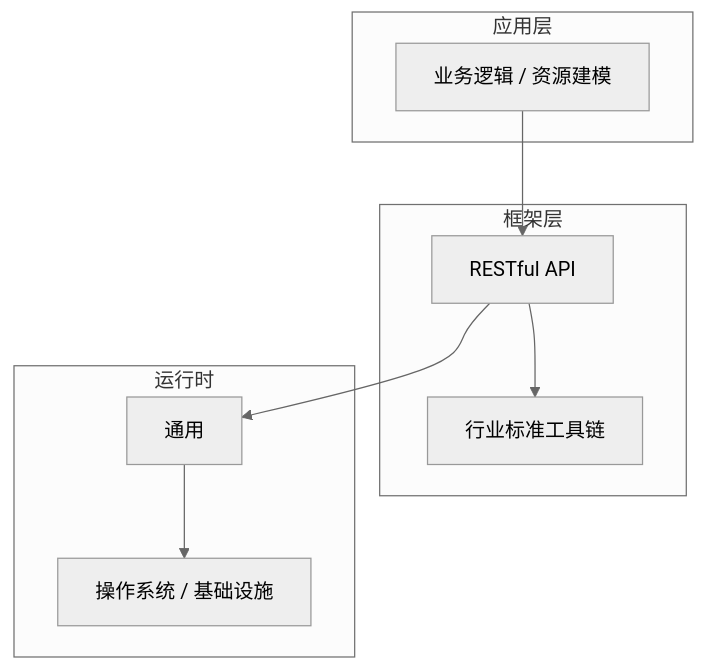
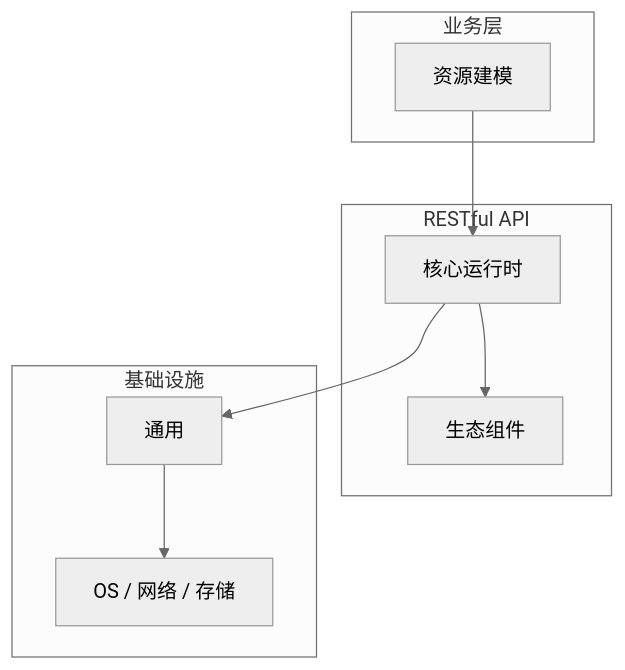
The diagram in articles/RESTful API/chapters/007-资源建模核心概念与原理.md (yanggan2015/knowledge-json-v2), drawn with Mermaid (neutral theme) before and after one commit. The commit also changed other lines of this file and 10127 other files, not shown here.

````diff
--- a/articles/RESTful API/chapters/007-资源建模核心概念与原理.md
+++ b/articles/RESTful API/chapters/007-资源建模核心概念与原理.md
@@ -45,18 +34,18 @@
 ```mermaid
 graph TB
-    subgraph 应用层
-        A[业务逻辑 / 资源建模]
+    subgraph 业务层
+        A[资源建模]
     end
-    subgraph 框架层
-        B[RESTful API]
-        C[行业标准工具链]
+    subgraph RESTful API
+        B[核心运行时]
+        C[生态组件]
     end
-    subgraph 运行时
+    subgraph 基础设施
         D[通用]
-        E[操作系统 / 基础设施]
+        E[OS / 网络 / 存储]
     end
     A --> B
     B --> C
     B --> D
     D --> E
 ```
````
